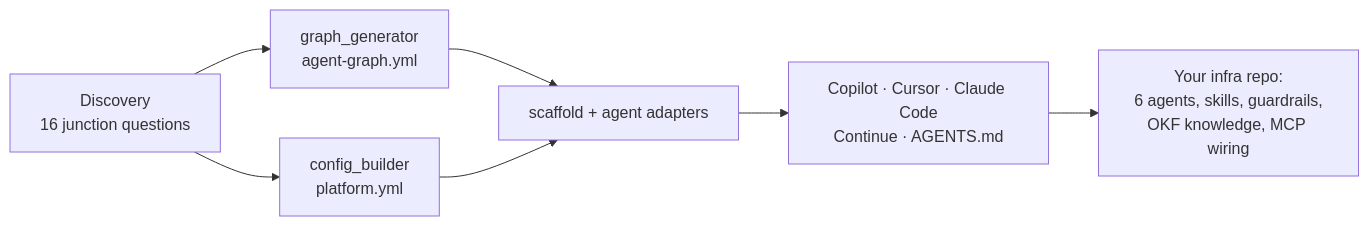
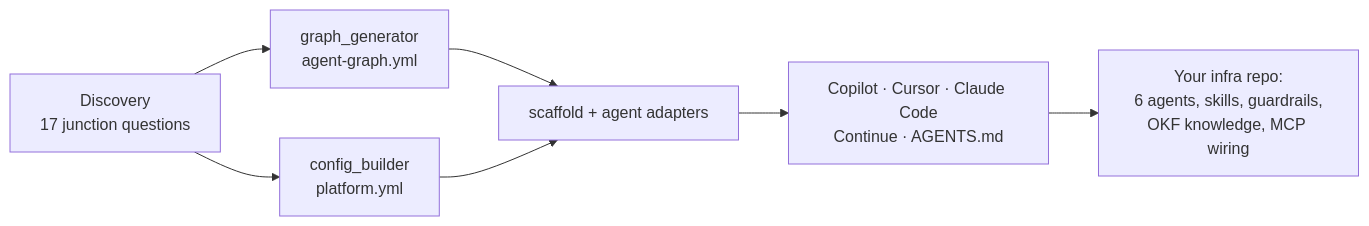
One commit to egen/junction changed the diagram in docs/wiki/Home.md. Above: the diagram before and after it, drawn with Mermaid. The commit also changed other lines of this file and 13 other files, not shown here.

First line of the commit message:
Add a use-case profile question and agent-assisted discovery

````diff
--- a/docs/wiki/Home.md
+++ b/docs/wiki/Home.md
@@ -24,9 +24,9 @@
 ```mermaid
 flowchart LR
-    Q["Discovery<br/>16 junction questions"] --> G["graph_generator<br/>agent-graph.yml"]
+    Q["Discovery<br/>17 junction questions"] --> G["graph_generator<br/>agent-graph.yml"]
     Q --> P["config_builder<br/>platform.yml"]
     G --> S["scaffold + agent adapters"]
     P --> S
     S --> C["Copilot · Cursor · Claude Code<br/>Continue · AGENTS.md"]
     C --> R["Your infra repo:<br/>6 agents, skills, guardrails,<br/>OKF knowledge, MCP wiring"]
 ```
````
